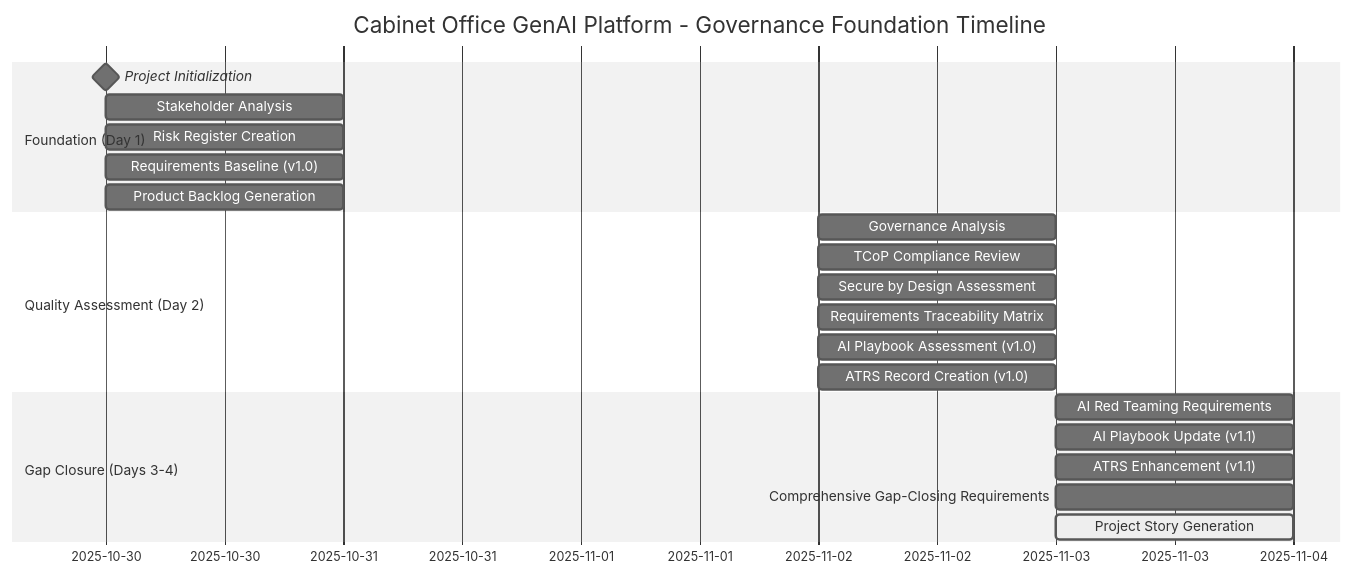
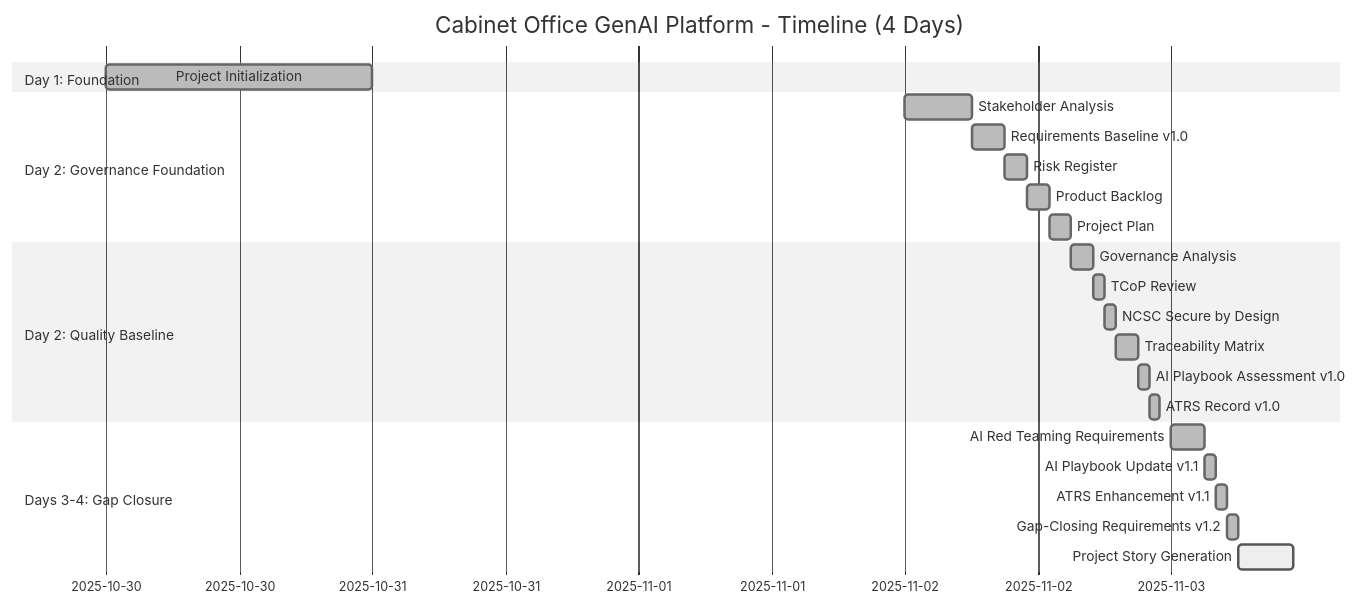
The first of 3 diagrams in projects/001-cabinet-office-genai/PROJECT-STORY.md (tractorjuice/arckit-test-project-v8-cabinet-office-genai), drawn with Mermaid (neutral theme) before and after one commit. The commit also changed other lines of this file, not shown here.

First line of the commit message:
refactor: regenerate PROJECT-STORY.md v2.0 from scratch with enhanced timeline analysis

````diff
--- a/projects/001-cabinet-office-genai/PROJECT-STORY.md
+++ b/projects/001-cabinet-office-genai/PROJECT-STORY.md
@@ -97,27 +134,30 @@
 ```mermaid
 gantt
-    title Cabinet Office GenAI Platform - Governance Foundation Timeline
+    title Cabinet Office GenAI Platform - Timeline (4 Days)
     dateFormat YYYY-MM-DD
 
-    section Foundation (Day 1)
-    Project Initialization                    :milestone, m0, 2025-10-30, 0d
-    Stakeholder Analysis                      :a1, 2025-10-30, 1d
-    Risk Register Creation                    :a2, 2025-10-30, 1d
-    Requirements Baseline (v1.0)             :a3, 2025-10-30, 1d
-    Product Backlog Generation               :a4, 2025-10-30, 1d
+    section Day 1: Foundation
+    Project Initialization              :done, init, 2025-10-30, 1d
 
-    section Quality Assessment (Day 2)
-    Governance Analysis                       :b1, 2025-11-02, 1d
-    TCoP Compliance Review                   :b2, 2025-11-02, 1d
-    Secure by Design Assessment              :b3, 2025-11-02, 1d
-    Requirements Traceability Matrix         :b4, 2025-11-02, 1d
-    AI Playbook Assessment (v1.0)            :b5, 2025-11-02, 1d
-    ATRS Record Creation (v1.0)              :b6, 2025-11-02, 1d
+    section Day 2: Governance Foundation
+    Stakeholder Analysis               :done, stakeholders, 2025-11-02, 6h
+    Requirements Baseline v1.0         :done, req1, after stakeholders, 3h
+    Risk Register                      :done, risk, after req1, 2h
+    Product Backlog                    :done, backlog, after risk, 2h
+    Project Plan                       :done, plan, after backlog, 2h
 
-    section Gap Closure (Days 3-4)
-    AI Red Teaming Requirements              :c1, 2025-11-03, 1d
-    AI Playbook Update (v1.1)                :c2, 2025-11-03, 1d
-    ATRS Enhancement (v1.1)                  :c3, 2025-11-03, 1d
-    Comprehensive Gap-Closing Requirements   :c4, 2025-11-03, 1d
-    Project Story Generation                 :active, c5, 2025-11-03, 1d
+    section Day 2: Quality Baseline
+    Governance Analysis                :done, analysis, after plan, 2h
+    TCoP Review                       :done, tcop, after analysis, 1h
+    NCSC Secure by Design             :done, ncsc, after tcop, 1h
+    Traceability Matrix               :done, trace, after ncsc, 2h
+    AI Playbook Assessment v1.0       :done, playbook1, after trace, 1h
+    ATRS Record v1.0                  :done, atrs1, after playbook1, 1h
+
+    section Days 3-4: Gap Closure
+    AI Red Teaming Requirements       :done, redteam, 2025-11-03, 3h
+    AI Playbook Update v1.1           :done, playbook2, after redteam, 1h
+    ATRS Enhancement v1.1             :done, atrs2, after playbook2, 1h
+    Gap-Closing Requirements v1.2     :done, req2, after atrs2, 1h
+    Project Story Generation          :active, story, after req2, 5h
 ```
````
